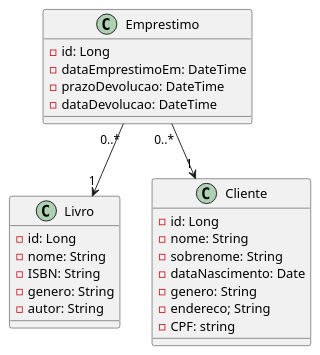
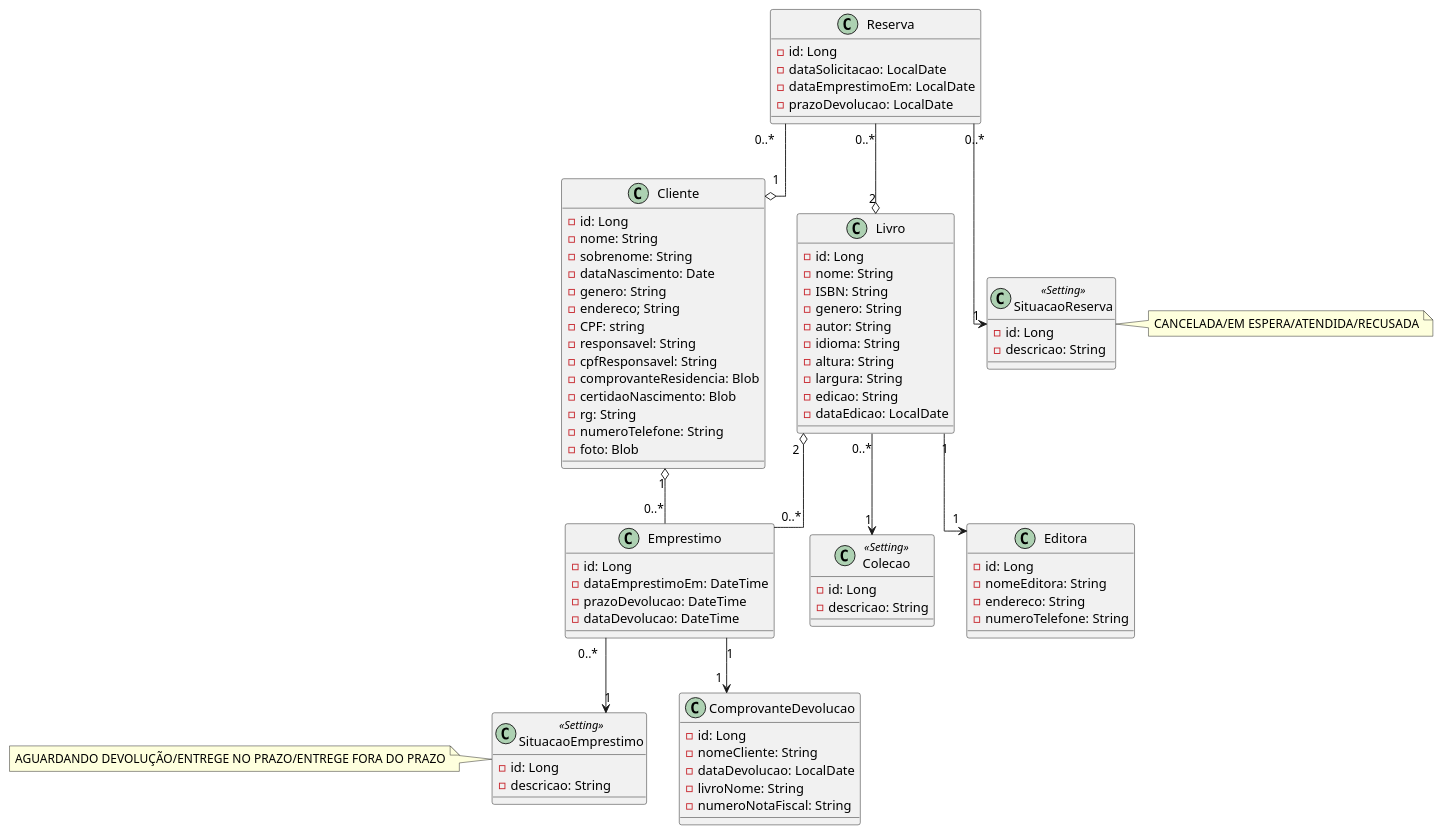
One commit to jeoliveira045/bibly changed the diagram in src/main/resources/domain.plantuml. Above: the diagram before and after it, drawn with PlantUML. The commit also changed 9 other files, not shown here.

Commit message:
Ajustes na reserva e no crud de Emprestimo para aceitar vários livros

```diff
--- a/src/main/resources/domain.plantuml
+++ b/src/main/resources/domain.plantuml
@@ -1,30 +1,110 @@
 @startuml
+
+skinparam linetype ortho
+top to bottom direction
 
     class Livro{
         - id: Long
         - nome: String
         - ISBN: String
         - genero: String
         - autor: String
+        - idioma: String
+        - altura: String
+        - largura: String
+        - edicao: String
+        - dataEdicao: LocalDate
     }
 
     class Emprestimo{
         - id: Long
         - dataEmprestimoEm: DateTime
         - prazoDevolucao: DateTime
         - dataDevolucao: DateTime
     }
 
     class Cliente{
         - id: Long
         - nome: String
         - sobrenome: String
         - dataNascimento: Date
         - genero: String
         - endereco; String
         - CPF: string
+        - responsavel: String
+        - cpfResponsavel: String
+        - comprovanteResidencia: Blob
+        - certidaoNascimento: Blob
+        - rg: String
+        - numeroTelefone: String
+        - foto: Blob
     }
 
-    Emprestimo "0..*"--> "1" Livro
-    Emprestimo "0..*" --> "1" Cliente
+    class Reserva{
+        - id: Long
+        - dataSolicitacao: LocalDate
+        - dataEmprestimoEm: LocalDate
+        - prazoDevolucao: LocalDate
+    }
+
+    class SituacaoReserva<<Setting>>{
+        - id: Long
+        - descricao: String
+    }
+
+'    class SituacaoLivro<<Setting>>{
+'
+'        - id: Long
+'        - descricao: String
+'    }
+'
+'    class SituacaoSolicitante<<Setting>>{
+'        - id: Long
+'        - descricao: String
+'    }
+    class SituacaoEmprestimo<<Setting>>{
+        - id: Long
+        - descricao: String
+    }
+
+    class Colecao<<Setting>>{
+        - id: Long
+        - descricao: String
+    }
+
+    class ComprovanteDevolucao{
+        - id: Long
+        - nomeCliente: String
+        - dataDevolucao: LocalDate
+        - livroNome: String
+        - numeroNotaFiscal: String
+    }
+
+    class Editora {
+        - id: Long
+        - nomeEditora: String
+        - endereco: String
+        - numeroTelefone: String
+    }
+
+
+    note right of SituacaoReserva : CANCELADA/EM ESPERA/ATENDIDA/RECUSADA
+'    note right of SituacaoSolicitante : SEM PENDENCIA/PRECISA DEVOLVER
+'    note left of SituacaoLivro : EMPRESTADO/EM ESTOQUE
+    note left of SituacaoEmprestimo: AGUARDANDO DEVOLUÇÃO/ENTREGE NO PRAZO/ENTREGE FORA DO PRAZO
+
+
+    Emprestimo "0..*"-u-o "2" Livro
+    Emprestimo "0..*" -u-o "1" Cliente
+    Reserva "0..*" --o "1" Cliente
+    Reserva "0..*" --o "2" Livro
+    Reserva  "0..*" --> "1" SituacaoReserva
+'    Solicitante "0..*" --> "1" SituacaoSolicitante
+'    Livro "0..*" --> "1" SituacaoLivro
+    Emprestimo "0..*" --> "1" SituacaoEmprestimo
+    Livro "0..*" --> "1" Colecao
+    Livro "1" --> "1" Editora
+    Emprestimo "1" --> "1" ComprovanteDevolucao
+
+
 @enduml
```
